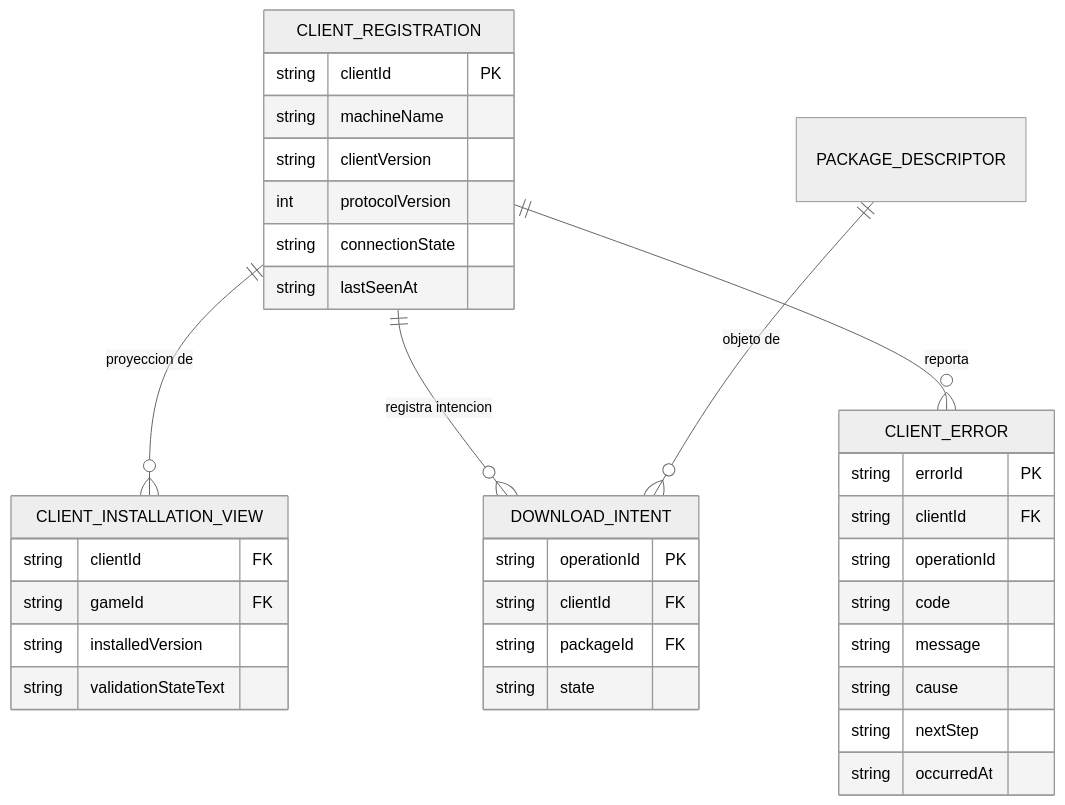
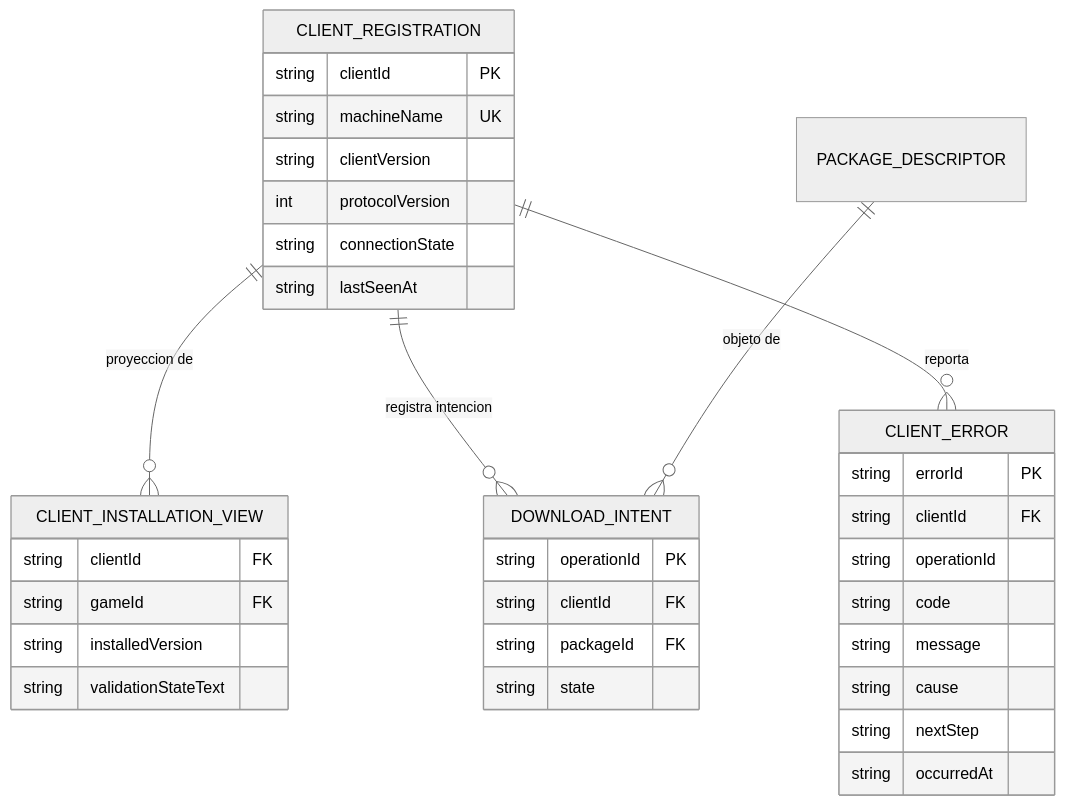
The sixth of 10 diagrams in _bmad-output/planning-artifacts/architecture/architecture-lan-party-hub-2026-10-26/ARCHITECTURE-SPINE.md (vertigo7x/lan-party-hub), drawn with Mermaid (neutral theme) before and after one commit. The commit also changed other lines of this file and 10 other files, not shown here.

````diff
--- a/_bmad-output/planning-artifacts/architecture/architecture-lan-party-hub-2026-10-26/ARCHITECTURE-SPINE.md
+++ b/_bmad-output/planning-artifacts/architecture/architecture-lan-party-hub-2026-10-26/ARCHITECTURE-SPINE.md
@@ -615,38 +645,38 @@
 ```mermaid
 erDiagram
     CLIENT_REGISTRATION ||--o{ CLIENT_INSTALLATION_VIEW : "proyeccion de"
     CLIENT_REGISTRATION ||--o{ DOWNLOAD_INTENT : "registra intencion"
     CLIENT_REGISTRATION ||--o{ CLIENT_ERROR : "reporta"
     PACKAGE_DESCRIPTOR ||--o{ DOWNLOAD_INTENT : "objeto de"
 
     CLIENT_REGISTRATION {
         string clientId PK
-        string machineName
+        string machineName UK
         string clientVersion
         int protocolVersion
         string connectionState
         string lastSeenAt
     }
     CLIENT_INSTALLATION_VIEW {
         string clientId FK
         string gameId FK
         string installedVersion
         string validationStateText
     }
     DOWNLOAD_INTENT {
         string operationId PK
         string clientId FK
         string packageId FK
         string state
     }
     CLIENT_ERROR {
         string errorId PK
         string clientId FK
         string operationId
         string code
         string message
         string cause
         string nextStep
         string occurredAt
     }
 ```
````
